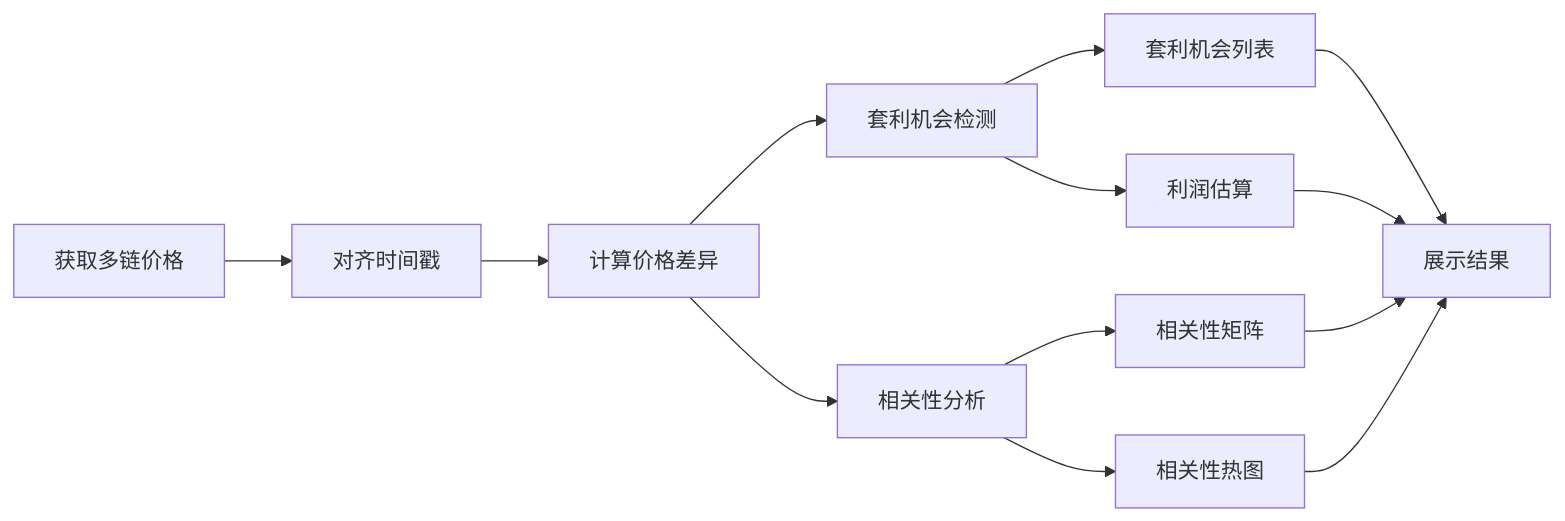
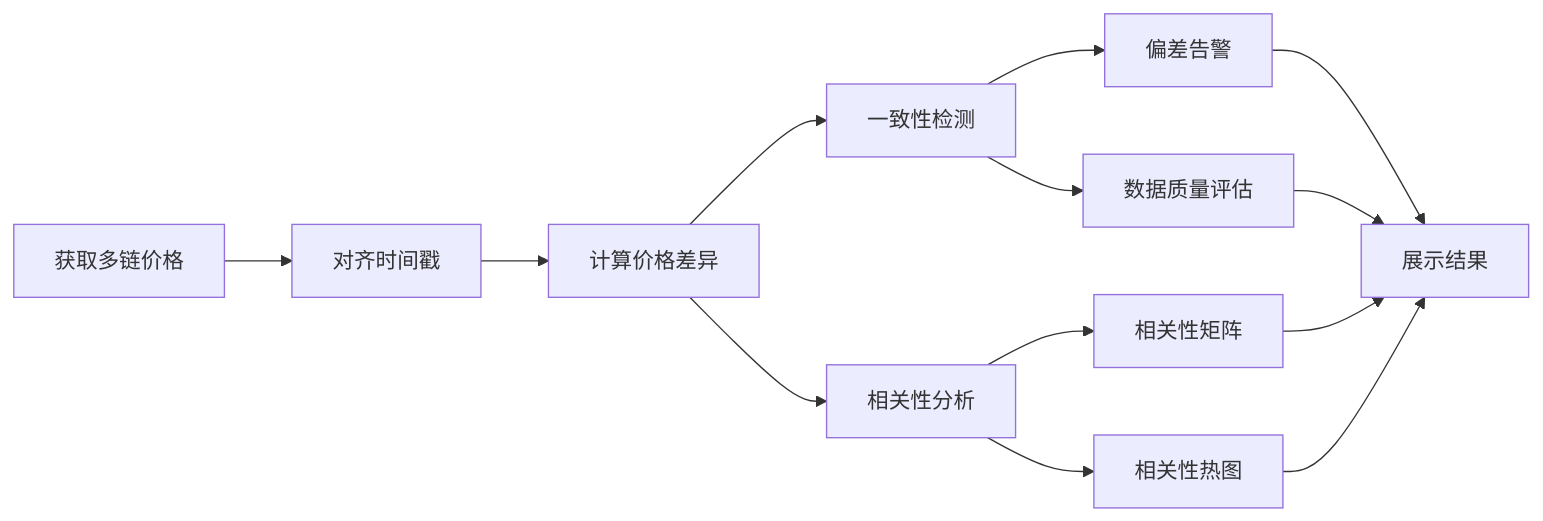
The fourth of 4 diagrams in docs/architecture/data-flow.md (imokokok/Insight-beta), drawn with Mermaid before and after one commit. The commit also changed other lines of this file and 254 other files, not shown here.

````diff
--- a/docs/architecture/data-flow.md
+++ b/docs/architecture/data-flow.md
@@ -253,19 +255,19 @@
 ```mermaid
 flowchart LR
     A[获取多链价格] --> B[对齐时间戳]
     B --> C[计算价格差异]
 
     C --> D[相关性分析]
-    C --> E[套利机会检测]
+    C --> E[一致性检测]
 
     D --> F[相关性矩阵]
     D --> G[相关性热图]
 
-    E --> H[套利机会列表]
-    E --> I[利润估算]
+    E --> H[偏差告警]
+    E --> I[数据质量评估]
 
     H --> J[展示结果]
     I --> J
     F --> J
     G --> J
 ```
````
